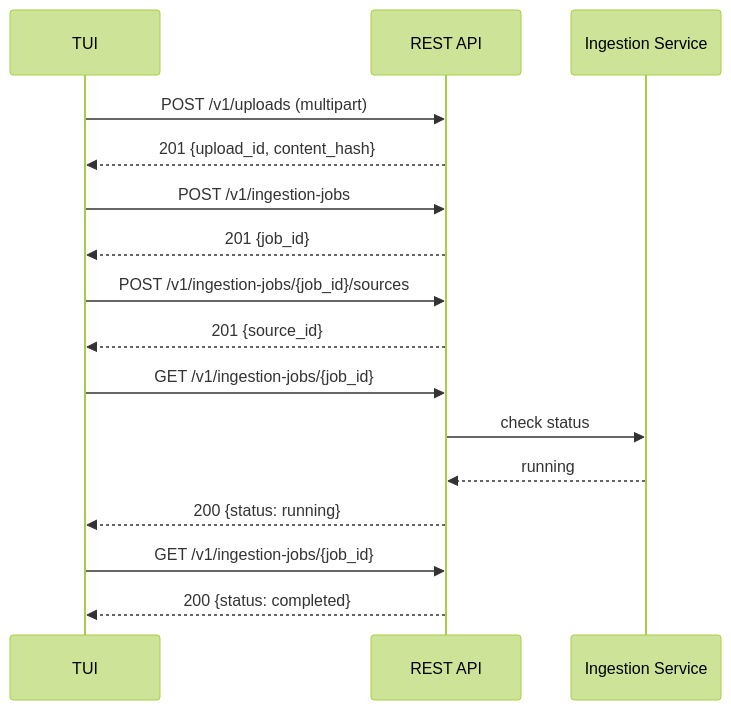
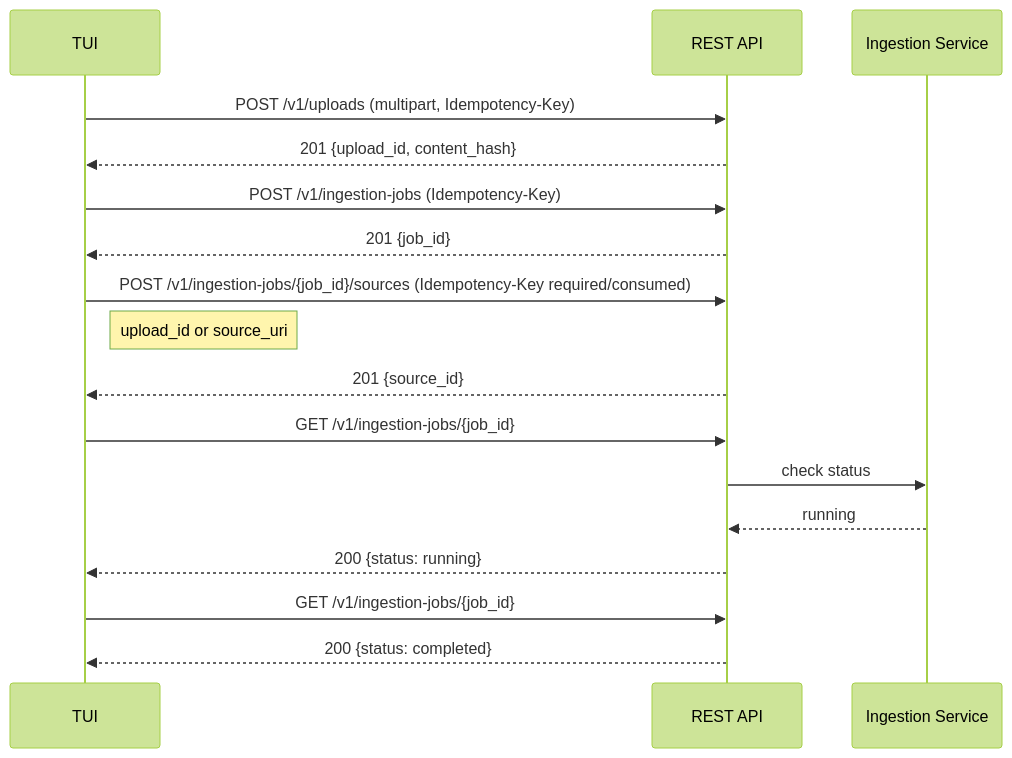
Before and after one commit to leynos/episodic: the third of 8 diagrams in docs/episodic-tui-api-design.md, drawn with Mermaid (forest theme). The commit also changed other lines of this file and 5 other files, not shown here.

First line of the commit message:
Define source-to-script REST vertical slice (#101)

````diff
--- a/docs/episodic-tui-api-design.md
+++ b/docs/episodic-tui-api-design.md
@@ -671,19 +725,20 @@
 ```mermaid
 sequenceDiagram
     participant TUI
     participant REST as REST API
     participant Ingestion as Ingestion Service
 
-    TUI->>REST: POST /v1/uploads (multipart)
+    TUI->>REST: POST /v1/uploads (multipart, Idempotency-Key)
     REST-->>TUI: 201 {upload_id, content_hash}
-    TUI->>REST: POST /v1/ingestion-jobs
+    TUI->>REST: POST /v1/ingestion-jobs (Idempotency-Key)
     REST-->>TUI: 201 {job_id}
-    TUI->>REST: POST /v1/ingestion-jobs/{job_id}/sources
+    TUI->>REST: POST /v1/ingestion-jobs/{job_id}/sources (Idempotency-Key required/consumed)
+    Note right of TUI: upload_id or source_uri
     REST-->>TUI: 201 {source_id}
     TUI->>REST: GET /v1/ingestion-jobs/{job_id}
     REST->>Ingestion: check status
     Ingestion-->>REST: running
     REST-->>TUI: 200 {status: running}
     TUI->>REST: GET /v1/ingestion-jobs/{job_id}
     REST-->>TUI: 200 {status: completed}
 ```
````
